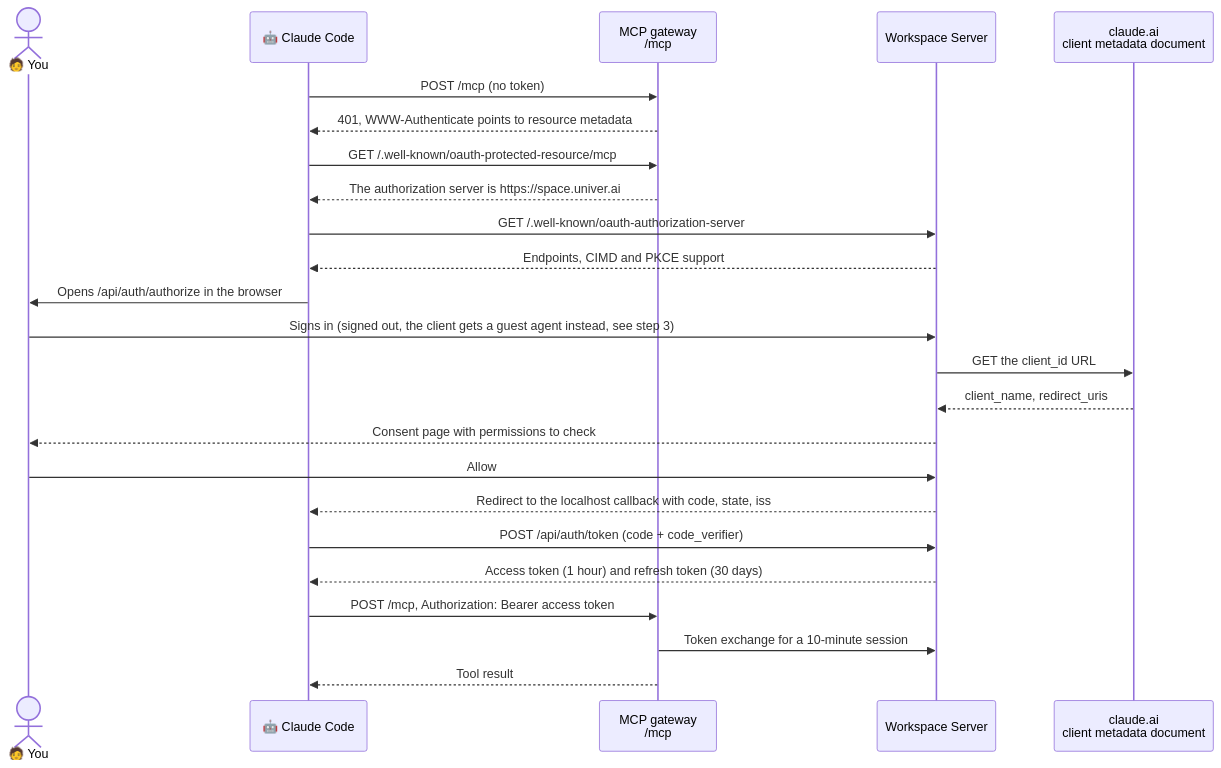
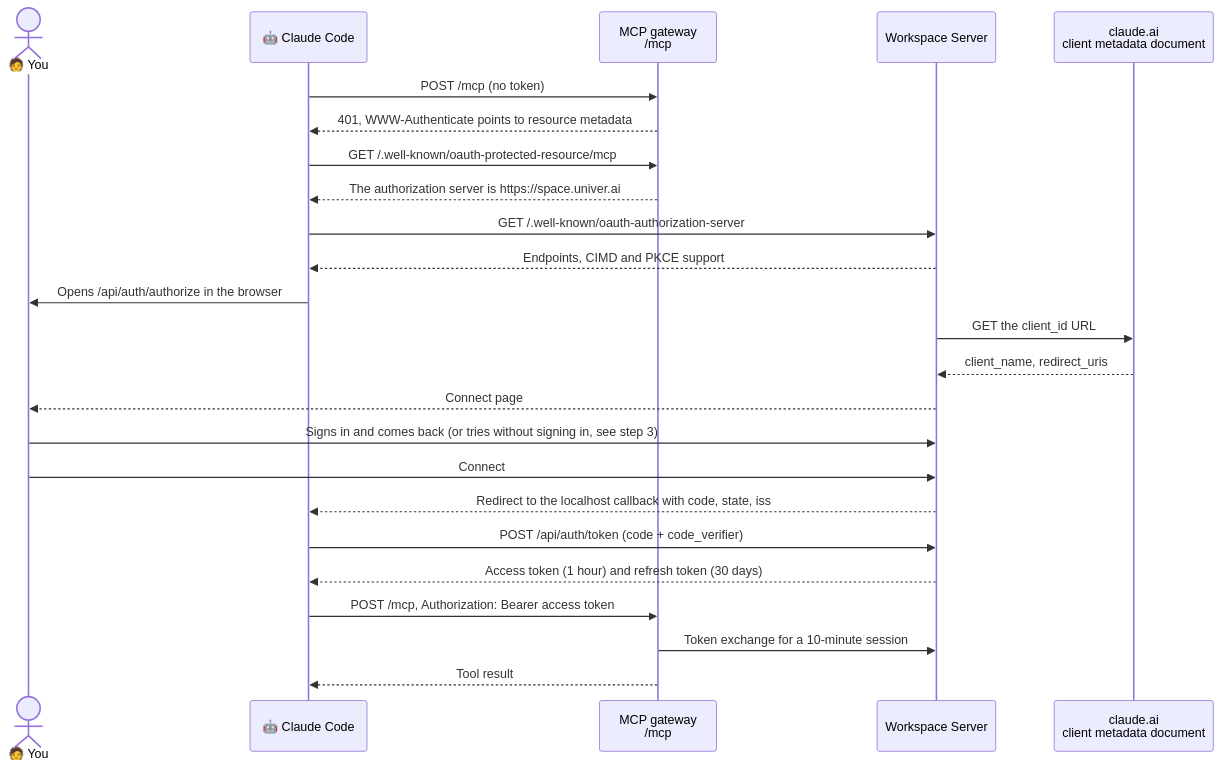
The diagram in docs/agent-sign-in.md (dream-num/univer-workspace), drawn with Mermaid before and after one commit. The commit also changed other lines of this file and 19 other files, not shown here.

First line of the commit message:
docs(workspace): describe the connect page and the trial without signing in

````diff
--- a/docs/agent-sign-in.md
+++ b/docs/agent-sign-in.md
@@ -40,26 +40,26 @@
 ```mermaid
 sequenceDiagram
     actor U as 🧑 You
     participant C as 🤖 Claude Code
     participant G as MCP gateway<br/>/mcp
     participant W as Workspace Server
     participant D as claude.ai<br/>client metadata document
     C->>G: POST /mcp (no token)
     G-->>C: 401, WWW-Authenticate points to resource metadata
     C->>G: GET /.well-known/oauth-protected-resource/mcp
     G-->>C: The authorization server is https://space.univer.ai
     C->>W: GET /.well-known/oauth-authorization-server
     W-->>C: Endpoints, CIMD and PKCE support
     C->>U: Opens /api/auth/authorize in the browser
-    U->>W: Signs in (signed out, the client gets a guest agent instead, see step 3)
     W->>D: GET the client_id URL
     D-->>W: client_name, redirect_uris
-    W-->>U: Consent page with permissions to check
-    U->>W: Allow
+    W-->>U: Connect page
+    U->>W: Signs in and comes back (or tries without signing in, see step 3)
+    U->>W: Connect
     W-->>C: Redirect to the localhost callback with code, state, iss
     C->>W: POST /api/auth/token (code + code_verifier)
     W-->>C: Access token (1 hour) and refresh token (30 days)
     C->>G: POST /mcp, Authorization: Bearer access token
     G->>W: Token exchange for a 10-minute session
     G-->>C: Tool result
 ```
````
